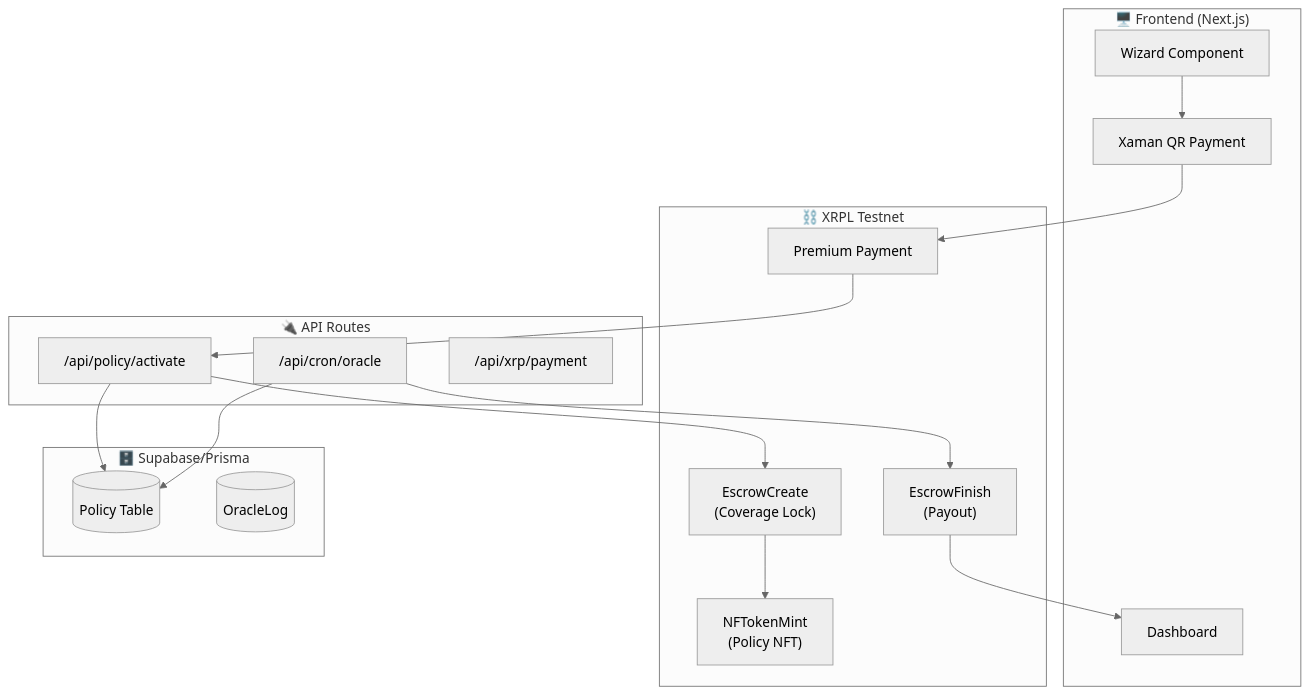
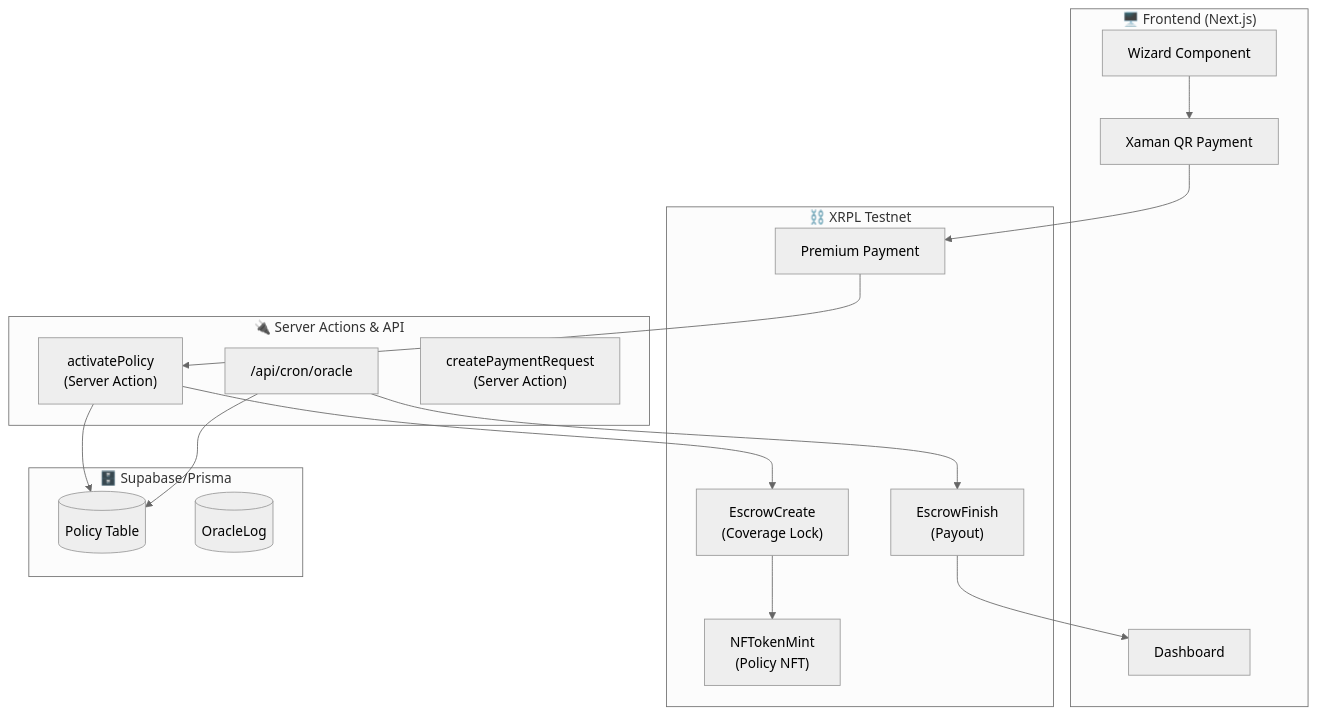
The first of 6 diagrams in README.md (ianp-1/Canopy), drawn with Mermaid (neutral theme) before and after one commit. The commit also changed other lines of this file and 6 other files, not shown here.

Commit message:
payment flow loading screen

````diff
--- a/README.md
+++ b/README.md
@@ -17,34 +17,34 @@
 ```mermaid
 flowchart TB
     subgraph Frontend["🖥️ Frontend (Next.js)"]
         WZ["Wizard Component"]
         QR["Xaman QR Payment"]
         DB_UI["Dashboard"]
     end
     
-    subgraph API["🔌 API Routes"]
-        PA["/api/policy/activate"]
+    subgraph API["🔌 Server Actions & API"]
+        PA["activatePolicy<br/>(Server Action)"]
         CO["/api/cron/oracle"]
-        PM["/api/xrp/payment"]
+        PM["createPaymentRequest<br/>(Server Action)"]
     end
     
     subgraph XRPL["⛓️ XRPL Testnet"]
         PAY["Premium Payment"]
         ESC["EscrowCreate<br/>(Coverage Lock)"]
         NFT["NFTokenMint<br/>(Policy NFT)"]
         FIN["EscrowFinish<br/>(Payout)"]
     end
     
     subgraph Database["🗄️ Supabase/Prisma"]
         POL[("Policy Table")]
         ORA[("OracleLog")]
     end
     
     WZ --> QR --> PAY
     PAY --> PA
     PA --> ESC --> NFT
     PA --> POL
     CO --> POL
     CO --> FIN
     FIN --> DB_UI
 ```
````
